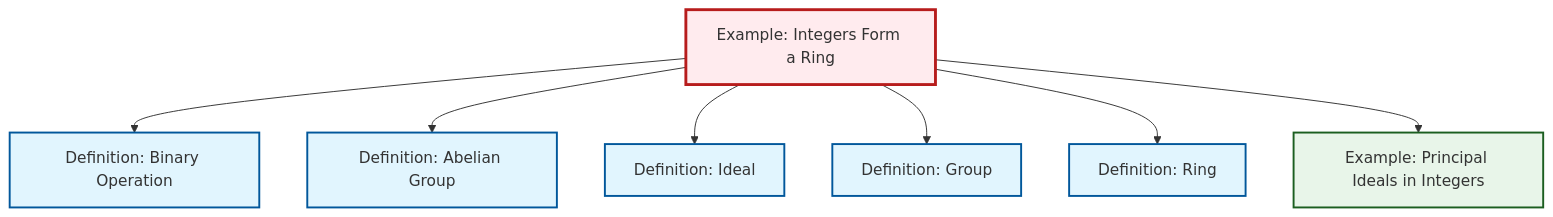
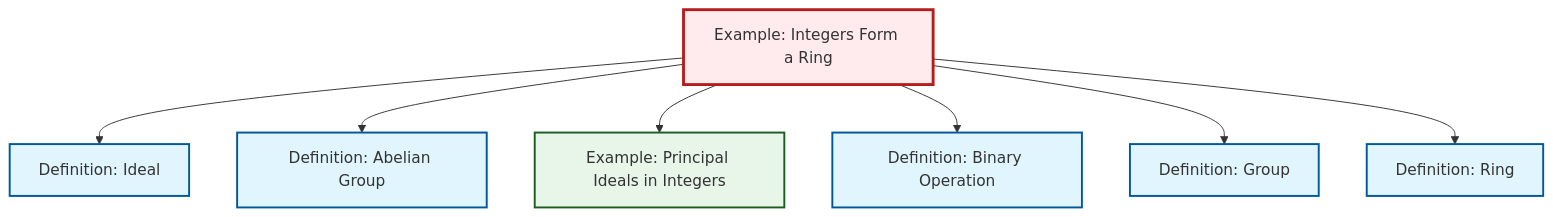
The diagram in content/en/algebra/ex-integers-ring.qmd (RK0429/ModernMath), drawn with Mermaid before and after one commit. The commit also changed other lines of this file and 615 other files, not shown here.

````diff
--- a/content/en/algebra/ex-integers-ring.qmd
+++ b/content/en/algebra/ex-integers-ring.qmd
@@ -64,29 +64,29 @@
 ```{mermaid}
 %%| fig-cap: "Local dependency graph"
 graph TD
     classDef definition fill:#e1f5fe,stroke:#01579b,stroke-width:2px
     classDef theorem fill:#f3e5f5,stroke:#4a148c,stroke-width:2px
     classDef axiom fill:#fff3e0,stroke:#e65100,stroke-width:2px
     classDef example fill:#e8f5e9,stroke:#1b5e20,stroke-width:2px
     classDef current fill:#ffebee,stroke:#b71c1c,stroke-width:3px
+    def-group["Definition: Group"]:::definition
     def-ideal["Definition: Ideal"]:::definition
+    def-binary-operation["Definition: Binary Operation"]:::definition
     def-abelian-group["Definition: Abelian Group"]:::definition
+    ex-integers-ring["Example: Integers Form a Ring"]:::example
     def-ring["Definition: Ring"]:::definition
     ex-principal-ideal["Example: Principal Ideals in Integers"]:::example
-    ex-integers-ring["Example: Integers Form a Ring"]:::example
-    def-group["Definition: Group"]:::definition
-    def-binary-operation["Definition: Binary Operation"]:::definition
+    ex-integers-ring --> def-ideal
+    ex-integers-ring --> def-abelian-group
+    ex-integers-ring --> ex-principal-ideal
     ex-integers-ring --> def-binary-operation
-    ex-integers-ring --> def-abelian-group
-    ex-integers-ring --> def-ideal
     ex-integers-ring --> def-group
     ex-integers-ring --> def-ring
-    ex-integers-ring --> ex-principal-ideal
     class ex-integers-ring current
+    click def-group "def-group.html" "Go to Group definition"
     click def-ideal "def-ideal.html" "Go to Ideal definition"
+    click def-binary-operation "def-binary-operation.html" "Go to Binary Operation definition"
     click def-abelian-group "def-abelian-group.html" "Go to Abelian Group definition"
     click def-ring "def-ring.html" "Go to Ring definition"
     click ex-principal-ideal "ex-principal-ideal.html" "Go to Principal Ideals in Integers example"
-    click def-group "def-group.html" "Go to Group definition"
-    click def-binary-operation "def-binary-operation.html" "Go to Binary Operation definition"
 ```
````
